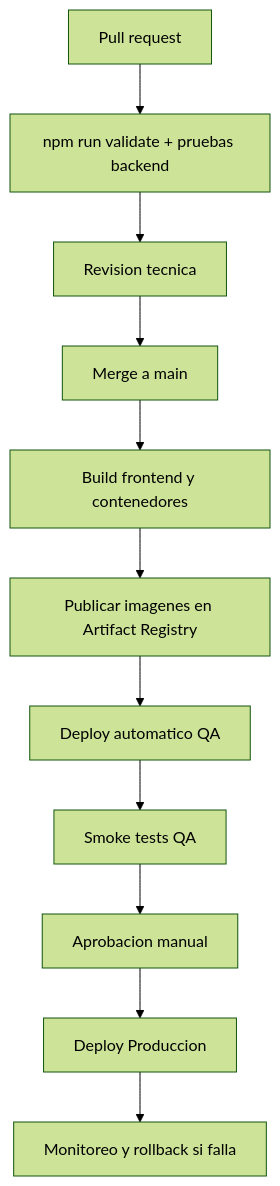
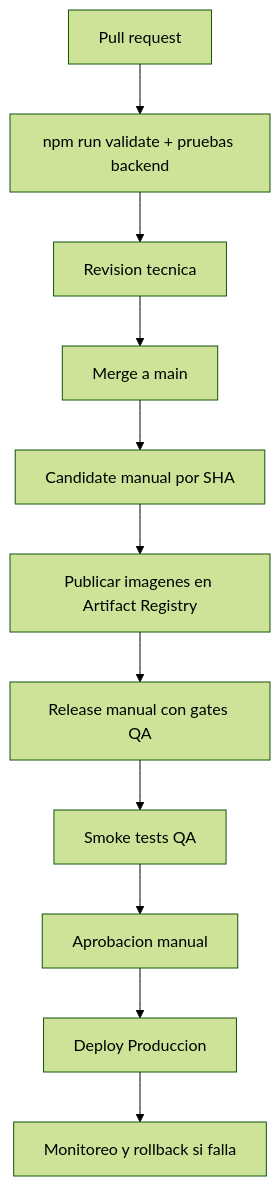
Before and after one commit to ChemaPsan/eslaclave-erclave: the fourth of 4 diagrams in docs/arquitectura/qa_prod.md, drawn with Mermaid (forest theme). The commit also changed other lines of this file and 41 other files, not shown here.

````diff
--- a/docs/arquitectura/qa_prod.md
+++ b/docs/arquitectura/qa_prod.md
@@ -211,13 +211,13 @@
 ```mermaid
 flowchart TD
   PR[Pull request] --> Validate[npm run validate + pruebas backend]
   Validate --> Review[Revision tecnica]
   Review --> Merge[Merge a main]
-  Merge --> Build[Build frontend y contenedores]
+  Merge --> Build[Candidate manual por SHA]
   Build --> Push[Publicar imagenes en Artifact Registry]
-  Push --> DeployQA[Deploy automatico QA]
+  Push --> DeployQA[Release manual con gates QA]
   DeployQA --> Smoke[Smoke tests QA]
   Smoke --> Approval[Aprobacion manual]
   Approval --> DeployProd[Deploy Produccion]
   DeployProd --> Monitor[Monitoreo y rollback si falla]
 ```
````
